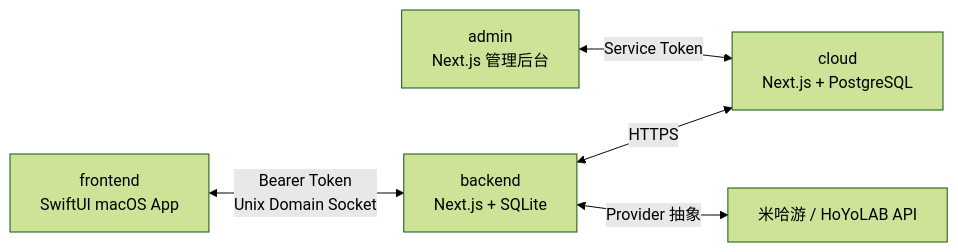
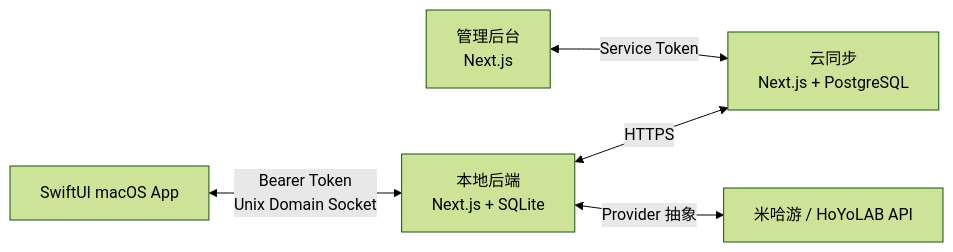
The diagram in README.md (HappyDIY/MHGLauncher), drawn with Mermaid (forest theme) before and after one commit. The commit also changed other lines of this file, not shown here.

````diff
--- a/README.md
+++ b/README.md
@@ -74,13 +158,13 @@
-```mermaid
-flowchart LR
-    A["frontend<br/>SwiftUI macOS App"]
-    B["backend<br/>Next.js + SQLite"]
-    C["cloud<br/>Next.js + PostgreSQL"]
-    D["admin<br/>Next.js 管理后台"]
-    E["米哈游 / HoYoLAB API"]
+  ```mermaid
+  flowchart LR
+      A["SwiftUI macOS App"]
+      B["本地后端<br/>Next.js + SQLite"]
+      C["云同步<br/>Next.js + PostgreSQL"]
+      D["管理后台<br/>Next.js"]
+      E["米哈游 / HoYoLAB API"]
 
-    A <-->|"Bearer Token<br/>Unix Domain Socket"| B
-    B <-->|"HTTPS"| C
-    B <-->|"Provider 抽象"| E
-    D <-->|"Service Token"| C
-```
+      A <-->|"Bearer Token<br/>Unix Domain Socket"| B
+      B <-->|"HTTPS"| C
+      B <-->|"Provider 抽象"| E
+      D <-->|"Service Token"| C
+  ```
````
